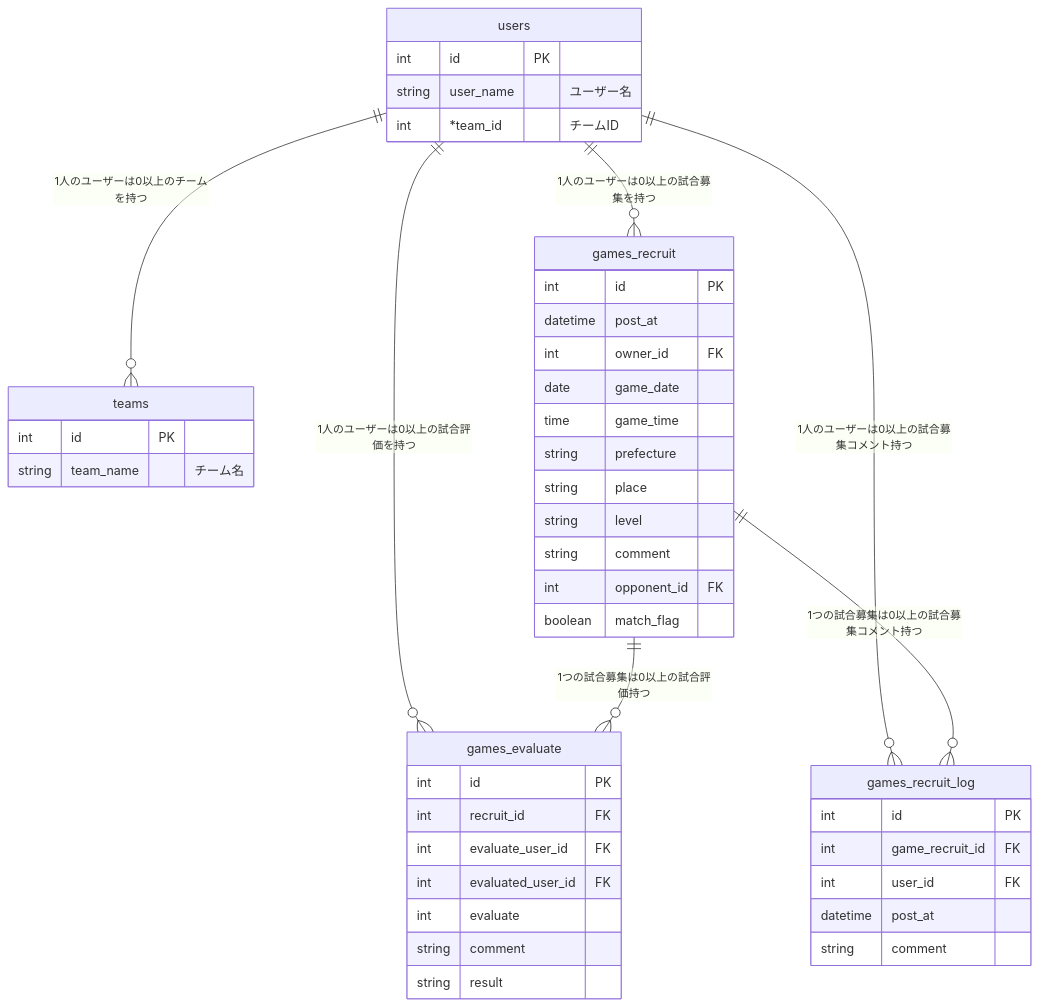
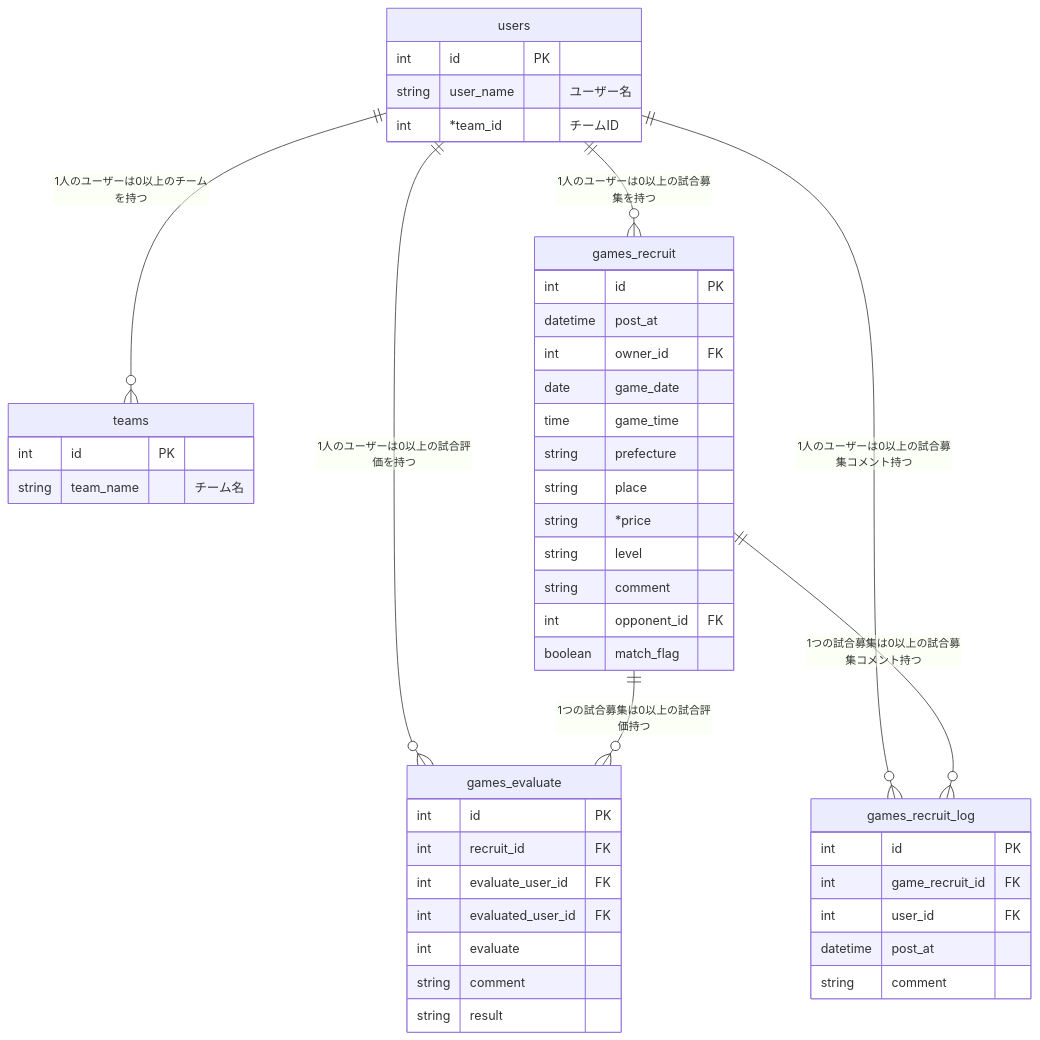
Before and after one commit to SotaChambers/FieldMate: the diagram in docs/er_diagram.md, drawn with Mermaid. The commit also changed 40 other files, not shown here.

````diff
--- a/docs/er_diagram.md
+++ b/docs/er_diagram.md
@@ -3,52 +3,53 @@
 ```mermaid
 erDiagram
     users ||--o{ teams : "1人のユーザーは0以上のチームを持つ"
     users ||--o{ games_recruit: "1人のユーザーは0以上の試合募集を持つ"
     users ||--o{ games_evaluate: "1人のユーザーは0以上の試合評価を持つ"
     users ||--o{ games_recruit_log: "1人のユーザーは0以上の試合募集コメント持つ"
     games_recruit ||--o{ games_evaluate: "1つの試合募集は0以上の試合評価持つ"
     games_recruit ||--o{ games_recruit_log: "1つの試合募集は0以上の試合募集コメント持つ"
 
     users {
         int id PK
         string user_name "ユーザー名"
         int *team_id "チームID"
     }
 
     teams{
         int id PK
         string team_name "チーム名"
     }
 
     games_recruit{
         int id PK
         datetime post_at
         int owner_id FK
         date game_date
         time game_time
         string prefecture
         string place
+        string *price
         string level
         string comment
         int opponent_id FK
         boolean match_flag
     }
 
     games_evaluate {
         int id PK
         int recruit_id FK
         int evaluate_user_id FK
         int evaluated_user_id FK
         int evaluate
         string comment
         string result
     }
 
     games_recruit_log {
         int id PK
         int game_recruit_id FK
         int user_id FK
         datetime post_at
         string comment
     }
 ```
````
